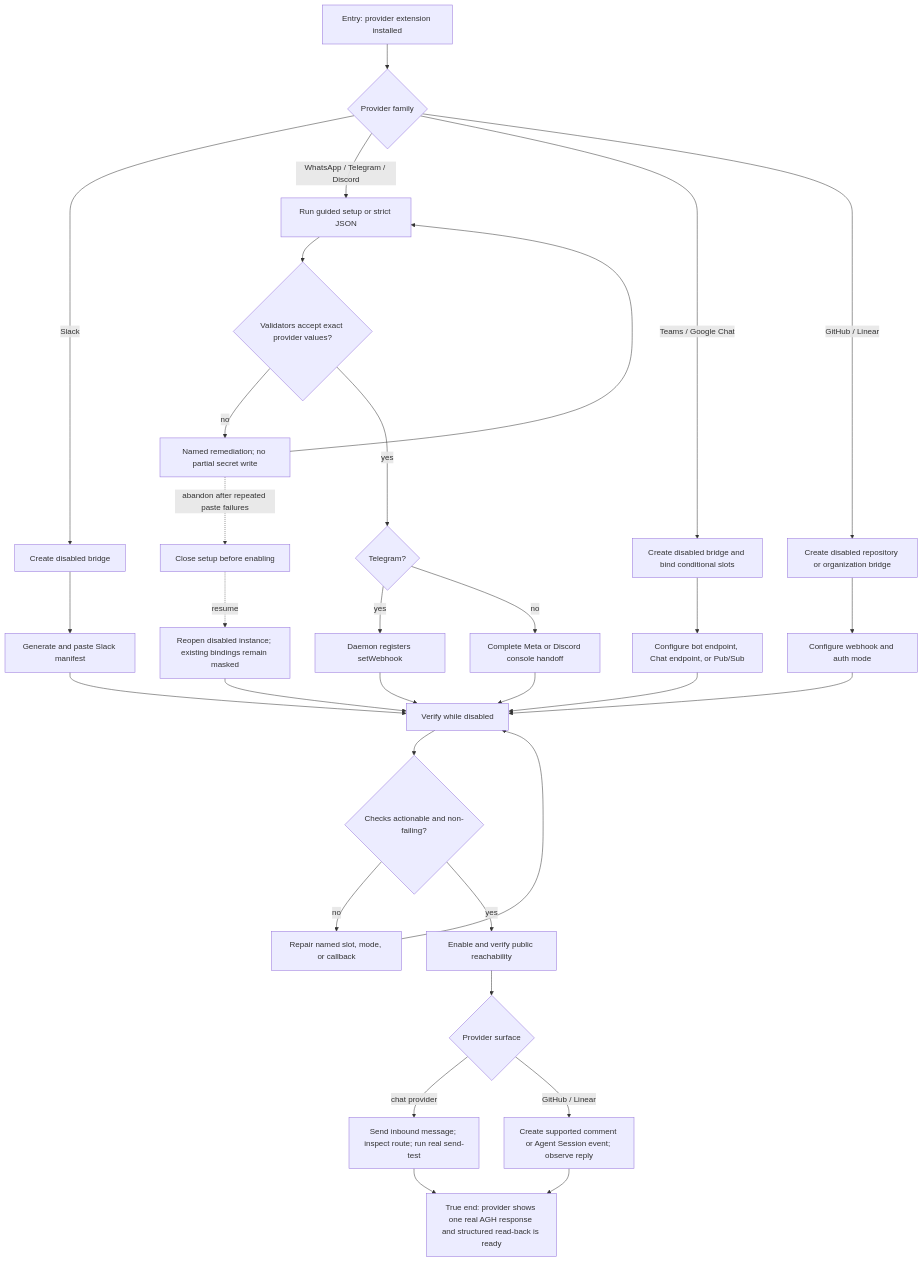
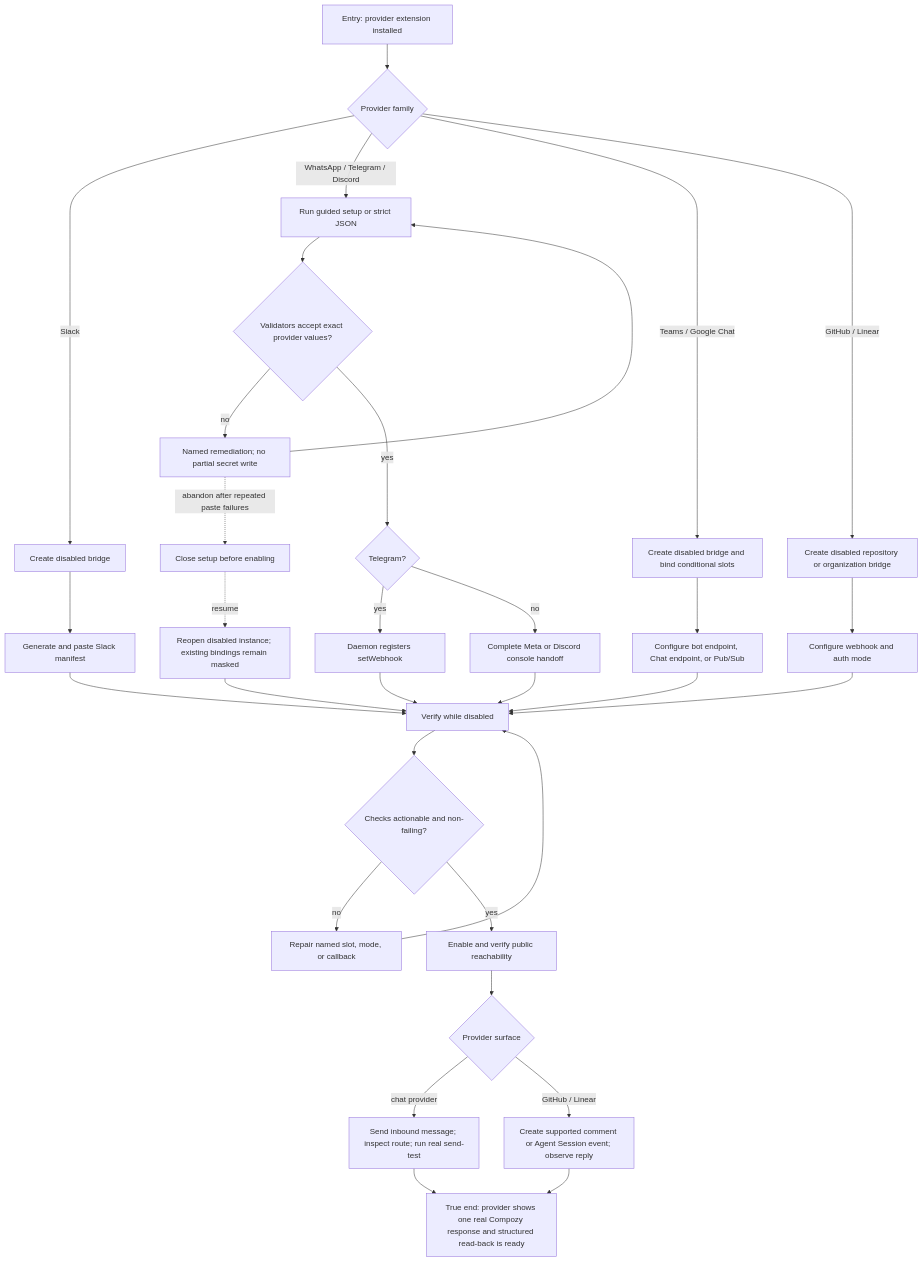
The diagram in docs/qa/journeys/J-connect-bridge-provider.md (compozy/compozy), drawn with Mermaid before and after one commit. The commit also changed other lines of this file and 831 other files, not shown here.

````diff
--- a/docs/qa/journeys/J-connect-bridge-provider.md
+++ b/docs/qa/journeys/J-connect-bridge-provider.md
@@ -9,34 +9,34 @@
 ```mermaid
 flowchart TD
     E[Entry: provider extension installed] --> P{Provider family}
     P -->|Slack| S1[Create disabled bridge]
     S1 --> S2[Generate and paste Slack manifest]
     P -->|WhatsApp / Telegram / Discord| W1[Run guided setup or strict JSON]
     W1 --> W2{Validators accept exact provider values?}
     W2 -->|no| W3[Named remediation; no partial secret write]
     W3 --> W1
     W2 -->|yes| W4{Telegram?}
     W4 -->|yes| W5[Daemon registers setWebhook]
     W4 -->|no| W6[Complete Meta or Discord console handoff]
     P -->|Teams / Google Chat| G1[Create disabled bridge and bind conditional slots]
     G1 --> G2[Configure bot endpoint, Chat endpoint, or Pub/Sub]
     P -->|GitHub / Linear| I1[Create disabled repository or organization bridge]
     I1 --> I2[Configure webhook and auth mode]
     S2 --> V[Verify while disabled]
     W5 --> V
     W6 --> V
     G2 --> V
     I2 --> V
     V --> R{Checks actionable and non-failing?}
     R -->|no| F[Repair named slot, mode, or callback]
     F --> V
     R -->|yes| A[Enable and verify public reachability]
     A --> T{Provider surface}
     T -->|chat provider| T1[Send inbound message; inspect route; run real send-test]
     T -->|GitHub / Linear| T2[Create supported comment or Agent Session event; observe reply]
-    T1 --> Z[True end: provider shows one real AGH response and structured read-back is ready]
+    T1 --> Z[True end: provider shows one real Compozy response and structured read-back is ready]
     T2 --> Z
     W3 -.->|abandon after repeated paste failures| X[Close setup before enabling]
     X -.->|resume| XR[Reopen disabled instance; existing bindings remain masked]
     XR --> V
 ```
````
